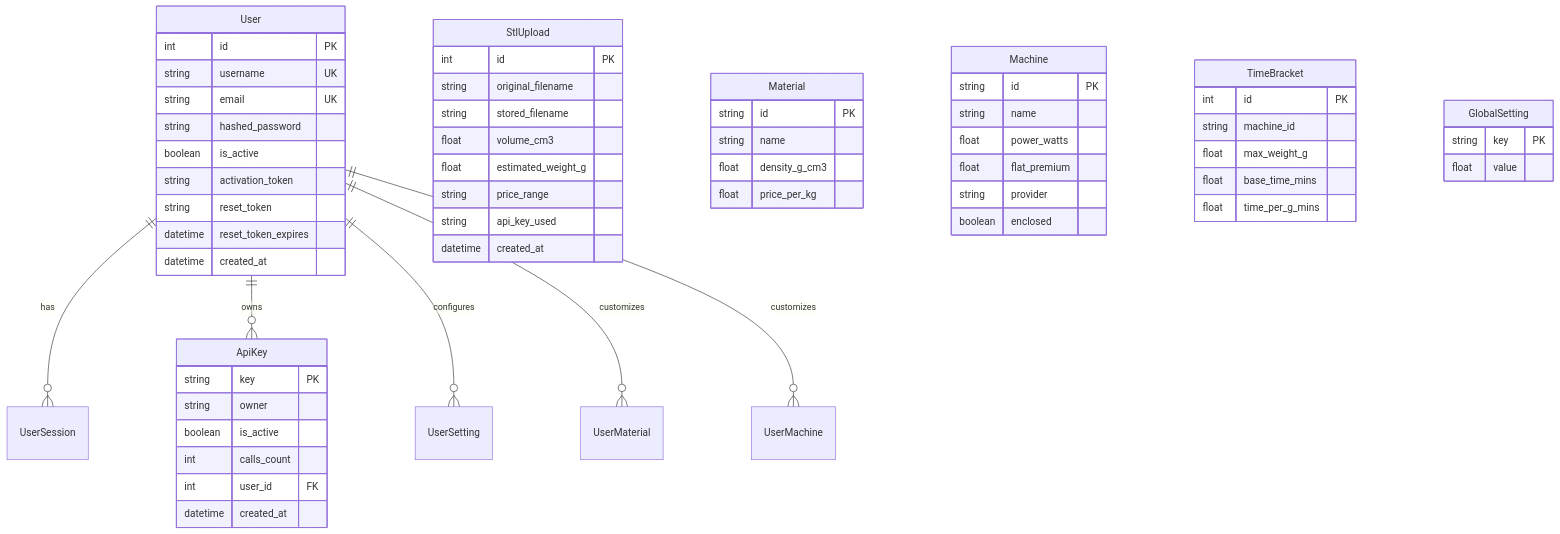
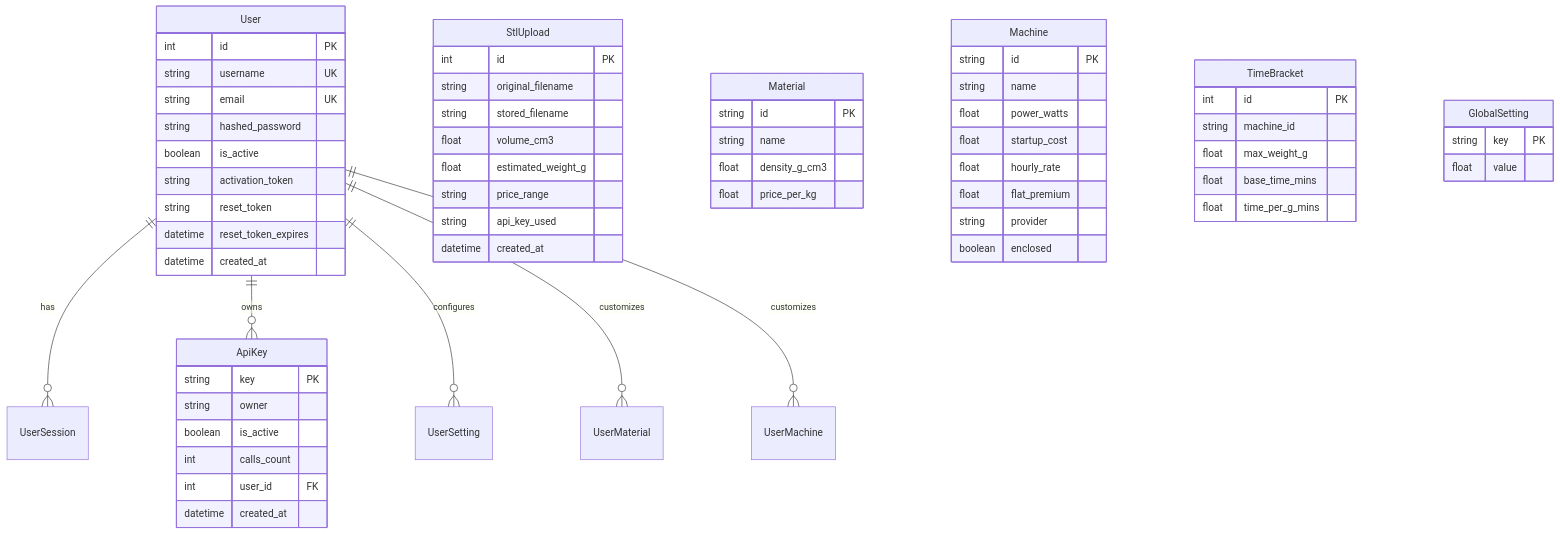
Before and after one commit to heythemba/stl-estimator: the diagram in AGENTS.md, drawn with Mermaid. The commit also changed other lines of this file and 7 other files, not shown here.

````diff
--- a/AGENTS.md
+++ b/AGENTS.md
@@ -149,63 +149,65 @@
 ```mermaid
 erDiagram
     User ||--o{ UserSession : has
     User ||--o{ ApiKey : owns
     User ||--o{ UserSetting : configures
     User ||--o{ UserMaterial : customizes
     User ||--o{ UserMachine : customizes
     
     User {
         int id PK
         string username UK
         string email UK
         string hashed_password
         boolean is_active
         string activation_token
         string reset_token
         datetime reset_token_expires
         datetime created_at
     }
     ApiKey {
         string key PK
         string owner
         boolean is_active
         int calls_count
         int user_id FK
         datetime created_at
     }
     StlUpload {
         int id PK
         string original_filename
         string stored_filename
         float volume_cm3
         float estimated_weight_g
         string price_range
         string api_key_used
         datetime created_at
     }
     Material {
         string id PK
         string name
         float density_g_cm3
         float price_per_kg
     }
     Machine {
         string id PK
         string name
         float power_watts
+        float startup_cost
+        float hourly_rate
         float flat_premium
         string provider
         boolean enclosed
     }
     TimeBracket {
         int id PK
         string machine_id
         float max_weight_g
         float base_time_mins
         float time_per_g_mins
     }
     GlobalSetting {
         string key PK
         float value
     }
 ```
````
